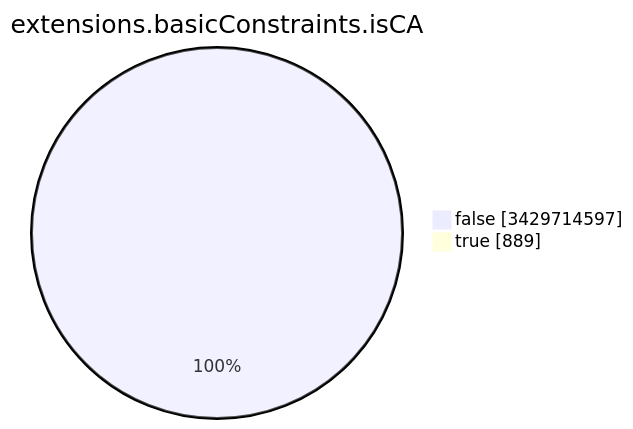
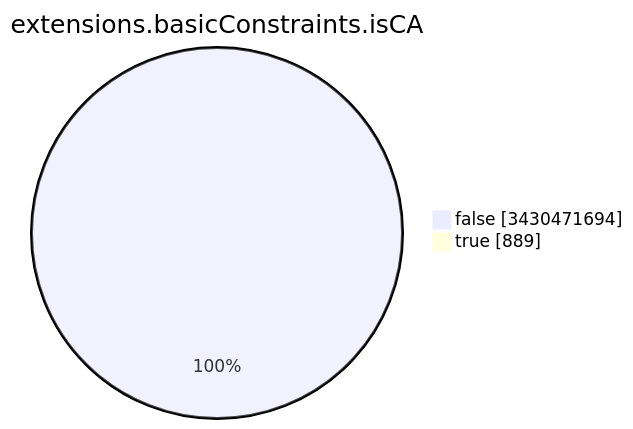
One commit to christiankrug/ctmonitor_visualization changed the seventh of 15 diagrams in TOTAL/README.md. Above: the diagram before and after it, drawn with Mermaid. The commit also changed other lines of this file, not shown here.

````diff
--- a/TOTAL/README.md
+++ b/TOTAL/README.md
@@ -3092,6 +3092,6 @@
 ```mermaid
 pie showData
 title extensions.basicConstraints.isCA
-"false" :3429714597
+"false" :3430471694
 "true" :889
 ```
````
